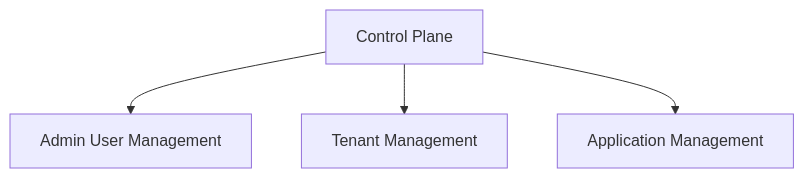
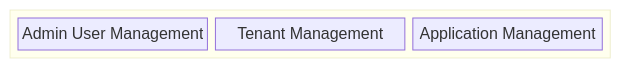
The second of 5 diagrams in docs/architecture/overview.md (kennethteo/custom-build-platform), drawn with Mermaid before and after one commit. The commit also changed other lines of this file and 150 other files, not shown here.

First line of the commit message:
feat: Add User Identity & Authorization Management System Design Document

````diff
--- a/docs/architecture/overview.md
+++ b/docs/architecture/overview.md
@@ -102,11 +60,9 @@
 ```mermaid
-flowchart TD
-    A[Admin User Management]
-    T[Tenant Management]
-    AP[Application Management]
-    CP[Control Plane]
-
-    CP --> A
-    CP --> T
-    CP --> AP
+block-beta
+  block
+  columns 3
+    A["Admin User Management"]
+    T["Tenant Management"]
+    AP["Application Management"]
+  end
 ```
````
